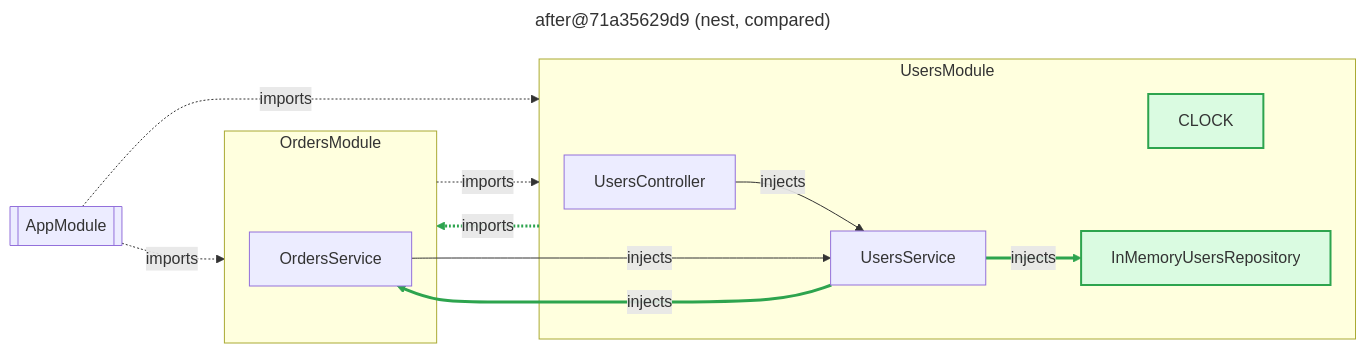
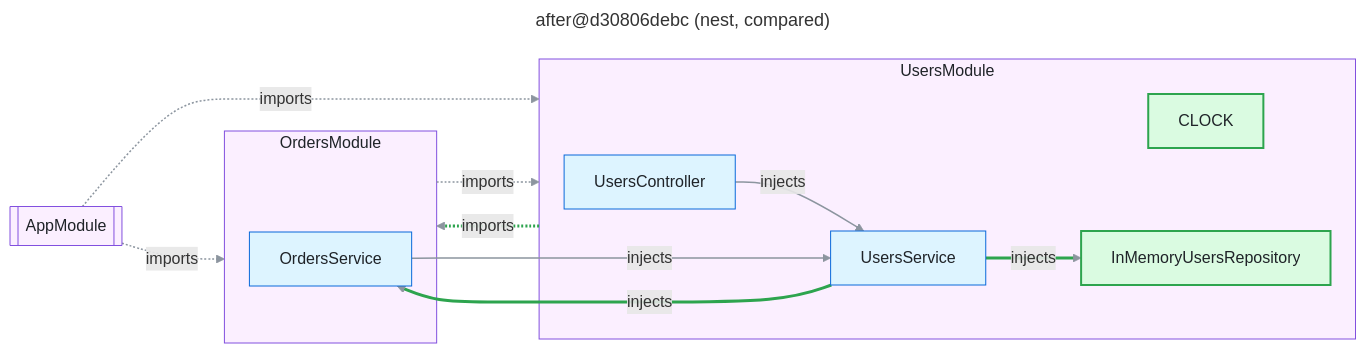
The diagram in examples/nest-shop/nest-compare.mmd (FullFran/archsieve), drawn with Mermaid before and after one commit. The commit also changed 12 other files, not shown here.

First line of the commit message:
fix(render): give Mermaid views explicit colours readable on light and dark themes

```diff
--- a/examples/nest-shop/nest-compare.mmd
+++ b/examples/nest-shop/nest-compare.mmd
@@ -1,27 +1,33 @@
 ---
-title: after@71a35629d9 (nest, compared)
+title: after@d30806debc (nest, compared)
 ---
 flowchart LR
-  n1[["AppModule"]]
+  n1[["AppModule"]]:::module
   subgraph n2["OrdersModule"]
-    n4["OrdersService"]
+    n4["OrdersService"]:::code
   end
+  style n2 fill:#fbefff,stroke:#8250df,color:#1f2328
   subgraph n3["UsersModule"]
-    n0["UsersController"]
+    n0["UsersController"]:::code
     n5["CLOCK"]:::added
     n6["InMemoryUsersRepository"]:::added
-    n7["UsersService"]
+    n7["UsersService"]:::code
   end
+  style n3 fill:#fbefff,stroke:#8250df,color:#1f2328
   n0 -->|"injects"| n7
   n1 -.->|"imports"| n2
   n1 -.->|"imports"| n3
   n2 -.->|"imports"| n3
   n3 -.->|"imports"| n2
   n4 -->|"injects"| n7
   n7 -->|"injects"| n4
   n7 -->|"injects"| n6
+  linkStyle default stroke:#8c959f,stroke-width:1.5px
   linkStyle 4 stroke:#2da44e,stroke-width:3px
   linkStyle 6 stroke:#2da44e,stroke-width:3px
   linkStyle 7 stroke:#2da44e,stroke-width:3px
-  classDef added fill:#dafbe1,stroke:#2da44e,stroke-width:2px
-  classDef removed fill:#ffebe9,stroke:#cf222e,stroke-dasharray:4 3
+  classDef code fill:#ddf4ff,stroke:#0969da,color:#1f2328
+  classDef external fill:#fff8c5,stroke:#9a6700,color:#1f2328
+  classDef module fill:#fbefff,stroke:#8250df,color:#1f2328
+  classDef added fill:#dafbe1,stroke:#2da44e,stroke-width:2px,color:#1f2328
+  classDef removed fill:#ffebe9,stroke:#cf222e,stroke-dasharray:4 3,color:#1f2328
```
